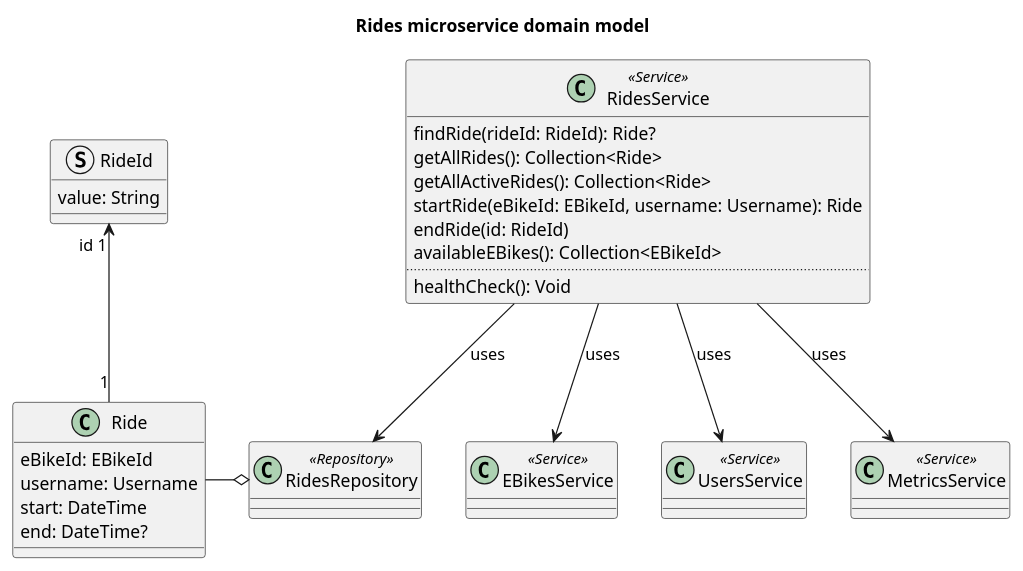
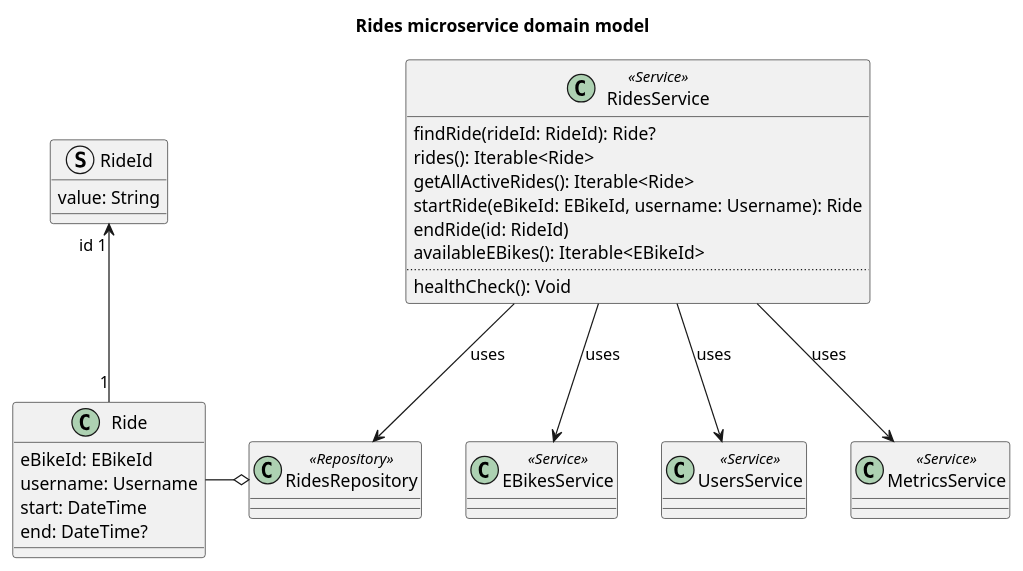
Before and after one commit to Ventus218/SAP-assignment-02: the diagram in doc/diagrams/src/rides-microservice-domain-model.puml, drawn with PlantUML. The commit also changed 2 other files, not shown here.

Commit message:
Changed datatype for collections in UML diagrams

```diff
--- a/doc/diagrams/src/rides-microservice-domain-model.puml
+++ b/doc/diagrams/src/rides-microservice-domain-model.puml
@@ -1,41 +1,41 @@
 @startuml rides-microservice-domain-model
 
 title Rides microservice domain model
 
 class Ride {
     eBikeId: EBikeId
     username: Username
     start: DateTime
     end: DateTime?
 }
 struct RideId {
     value: String
 }
 Ride "1" -u-> "id 1" RideId
 
 class RidesRepository <<Repository>>
 RidesRepository o-l- Ride
 
 class RidesService <<Service>> {
     findRide(rideId: RideId): Ride?
-    getAllRides(): Collection<Ride>
-    getAllActiveRides(): Collection<Ride>
+    rides(): Iterable<Ride>
+    getAllActiveRides(): Iterable<Ride>
     startRide(eBikeId: EBikeId, username: Username): Ride
     endRide(id: RideId)
-    availableEBikes(): Collection<EBikeId>
+    availableEBikes(): Iterable<EBikeId>
     ..
     healthCheck(): Void
 }
 
 RidesService --> RidesRepository : "uses"
 
 class EBikesService <<Service>>
 RidesService --> EBikesService : "uses"
 
 class UsersService <<Service>>
 RidesService --> UsersService : "uses"
 
 class MetricsService <<Service>>
 RidesService --> MetricsService : "uses"
 
 @enduml
```
